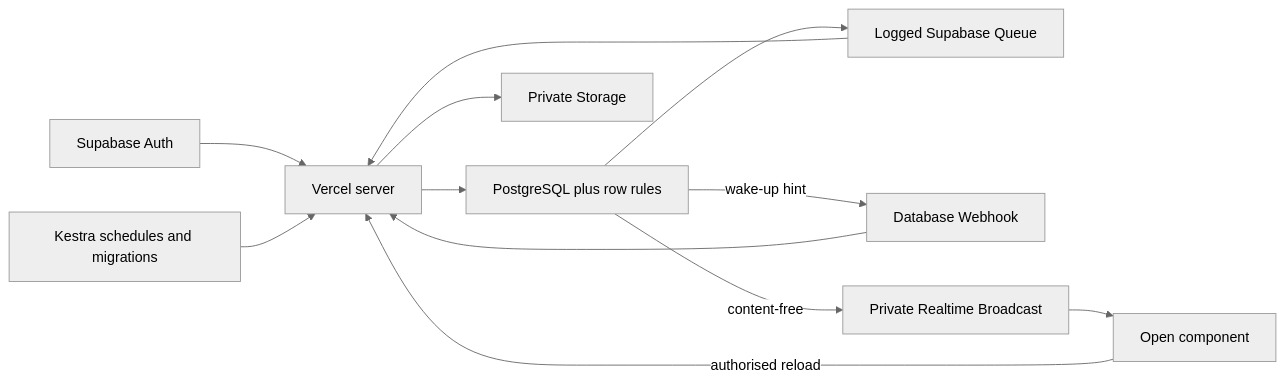
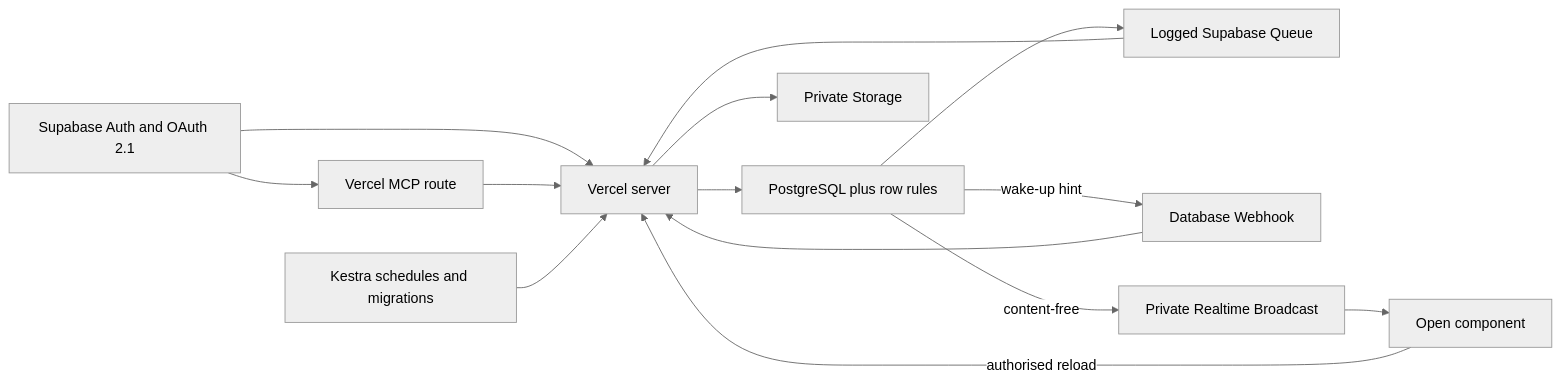
One commit to Abzum-NZ/Abzum-Vortex changed the second of 5 diagrams in docs/specification/17-runtime-storage-and-caching.md. Above: the diagram before and after it, drawn with Mermaid (neutral theme). The commit also changed other lines of this file and 16 other files, not shown here.

````diff
--- a/docs/specification/17-runtime-storage-and-caching.md
+++ b/docs/specification/17-runtime-storage-and-caching.md
@@ -44,14 +46,16 @@
 ```mermaid
 flowchart LR
-    AUTH[Supabase Auth] --> WEB[Vercel server]
+    AUTH[Supabase Auth and OAuth 2.1] --> WEB[Vercel server]
+    AUTH --> MCP[Vercel MCP route]
+    MCP --> WEB
     WEB --> DB[PostgreSQL plus row rules]
     WEB --> STORE[Private Storage]
     DB --> Q[Logged Supabase Queue]
     DB -->|wake-up hint| HOOK[Database Webhook]
     HOOK --> WEB
     Q --> WEB
     DB -->|content-free| LIVE[Private Realtime Broadcast]
     LIVE --> BROWSER[Open component]
     BROWSER -->|authorised reload| WEB
     K[Kestra schedules and migrations] --> WEB
 ```
````
